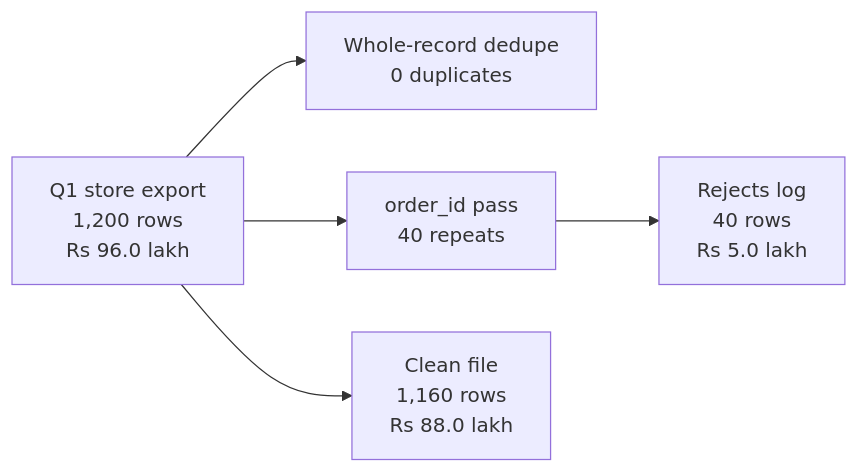
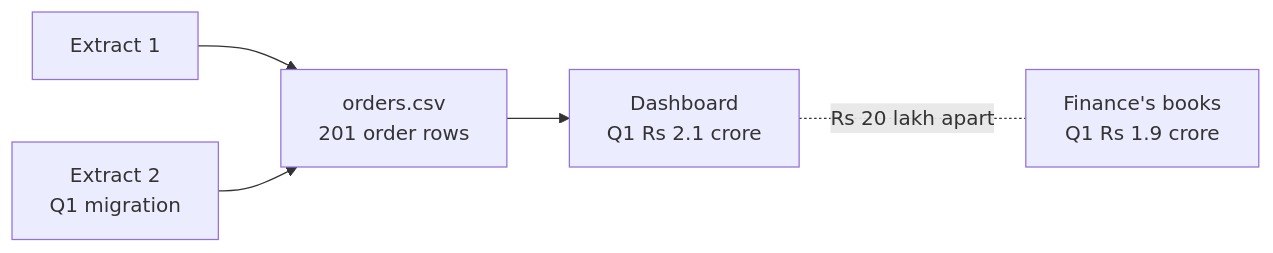
Before and after one commit to fde-academy-lab/c2-content-factory: the second of 7 diagrams in content/W01/SAT/paper/C2_W01_SAT_recap_paper_STUDENT.md, drawn with Mermaid. The commit also changed other lines of this file and 7 other files, not shown here.

````diff
--- a/content/W01/SAT/paper/C2_W01_SAT_recap_paper_STUDENT.md
+++ b/content/W01/SAT/paper/C2_W01_SAT_recap_paper_STUDENT.md
@@ -360,7 +187,8 @@
 ```mermaid
 flowchart LR
-  A["Q1 store export<br/>1,200 rows<br/>Rs 96.0 lakh"] --> B["Whole-record dedupe<br/>0 duplicates"]
-  A --> C["order_id pass<br/>40 repeats"]
-  C --> D["Rejects log<br/>40 rows<br/>Rs 5.0 lakh"]
-  A --> E["Clean file<br/>1,160 rows<br/>Rs 88.0 lakh"]
+  E1["Extract 1"] --> CSV["orders.csv<br/>201 order rows"]
+  E2["Extract 2<br/>Q1 migration"] --> CSV
+  CSV --> D["Dashboard<br/>Q1 Rs 2.1 crore"]
+  B["Finance's books<br/>Q1 Rs 1.9 crore"]
+  D -.-|"Rs 20 lakh apart"| B
 ```
````
